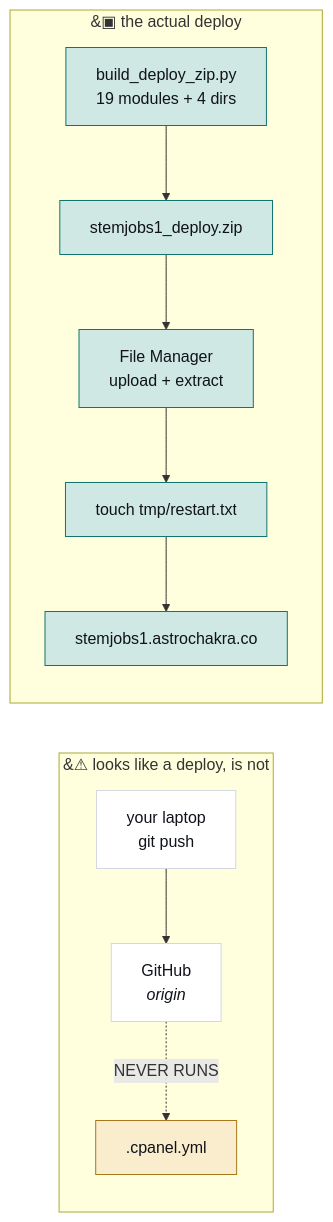
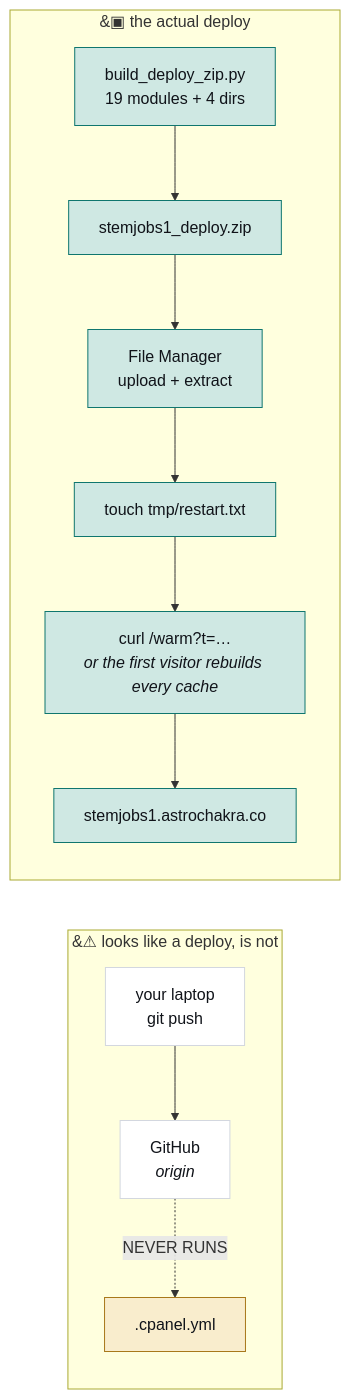
One commit to hadakunal909-debug/job-search-tool changed the third of 4 diagrams in JobMatch Scraper/docs/ARCHITECTURE.md. Above: the diagram before and after it, drawn with Mermaid. The commit also changed other lines of this file and 5 other files, not shown here.

````diff
--- a/JobMatch Scraper/docs/ARCHITECTURE.md
+++ b/JobMatch Scraper/docs/ARCHITECTURE.md
@@ -183,18 +274,18 @@
 ```mermaid
 flowchart LR
   subgraph BAD["&#9888; looks like a deploy, is not"]
     L["your laptop<br/>git push"] --> G["GitHub<br/><i>origin</i>"]
     G -.->|"NEVER RUNS"| C[".cpanel.yml"]
   end
   subgraph GOOD["&#9635; the actual deploy"]
     B["build_deploy_zip.py<br/>19 modules + 4 dirs"] --> Z["stemjobs1_deploy.zip"]
     Z --> U["File Manager<br/>upload + extract"]
-    U --> T["touch tmp/restart.txt"] --> LIVE["stemjobs1.astrochakra.co"]
+    U --> T["touch tmp/restart.txt"] --> W["curl /warm?t=…<br/><i>or the first visitor rebuilds every cache</i>"] --> LIVE["stemjobs1.astrochakra.co"]
   end
   classDef trap fill:#f9edcd,stroke:#a8781a,color:#101319
   classDef sched fill:#cfe8e3,stroke:#0f766e,color:#101319
   classDef plain fill:#ffffff,stroke:#d3d7df,color:#101319
   class C trap
-  class B,Z,U,T,LIVE sched
+  class B,Z,U,T,W,LIVE sched
   class L,G plain
 ```
````
